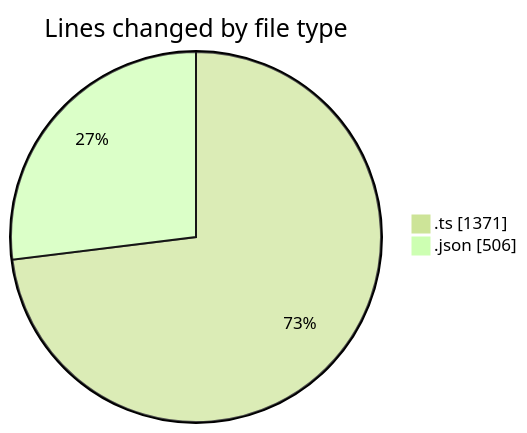
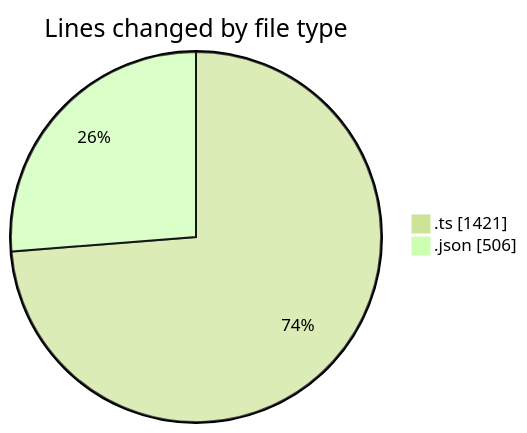
The first of 2 diagrams in 2025-10-22/cda/README.md (momahboobian/code-tracking), drawn with Mermaid (forest theme) before and after one commit. The commit also changed other lines of this file and 1 other file, not shown here.

````diff
--- a/2025-10-22/cda/README.md
+++ b/2025-10-22/cda/README.md
@@ -24,6 +24,6 @@
 ```mermaid
 pie showData
 title Lines changed by file type
-".ts" : 1371
+".ts" : 1421
 ".json" : 506
 ```
````
